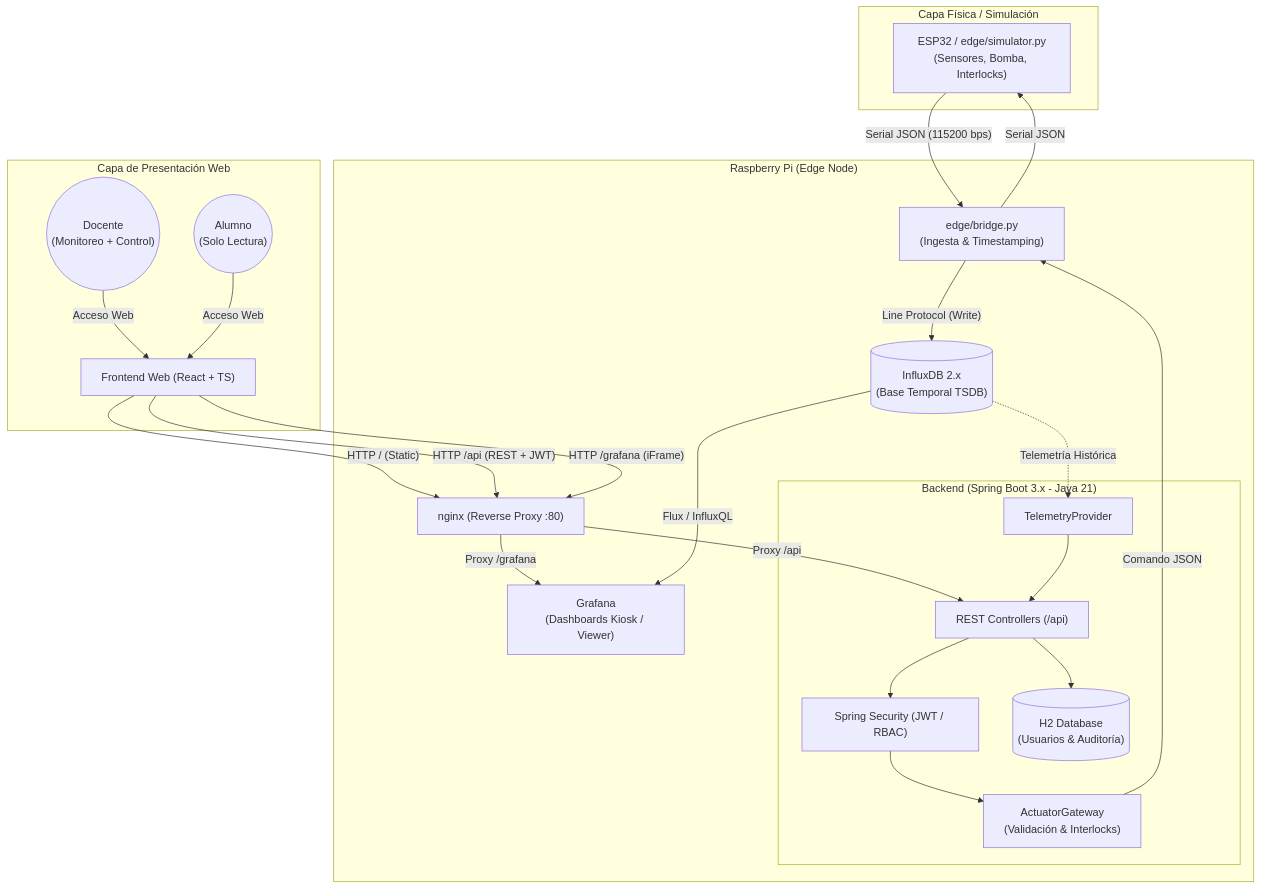
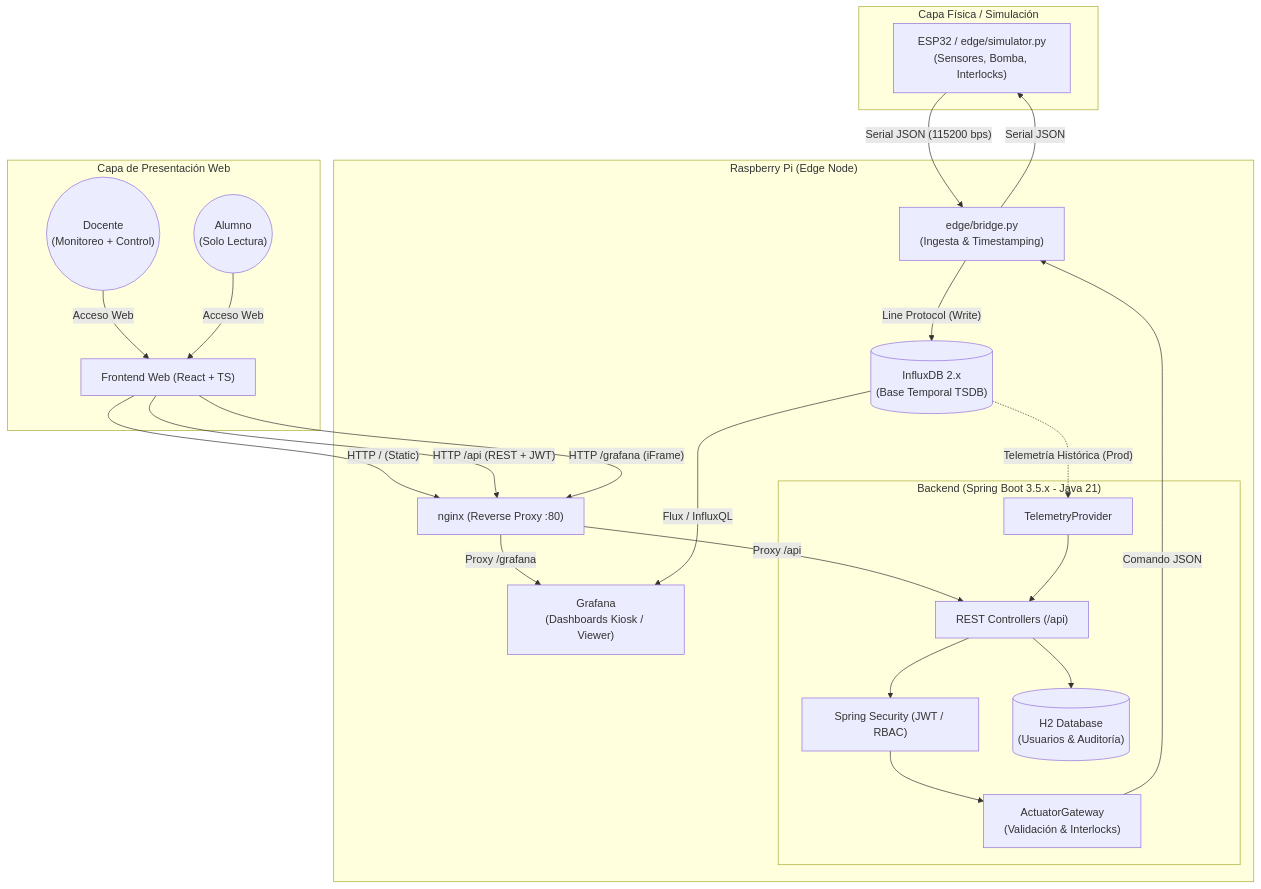
The diagram in README.md (aarrua/becabelgrano), drawn with Mermaid before and after one commit. The commit also changed other lines of this file and 2 other files, not shown here.

````diff
--- a/README.md
+++ b/README.md
@@ -11,51 +11,51 @@
 ```mermaid
 graph TD
     subgraph Campo ["Capa Física / Simulación"]
         ESP32["ESP32 / edge/simulator.py<br/>(Sensores, Bomba, Interlocks)"]
     end
 
     subgraph Edge ["Raspberry Pi (Edge Node)"]
         Bridge["edge/bridge.py<br/>(Ingesta & Timestamping)"]
         Influx[("InfluxDB 2.x<br/>(Base Temporal TSDB)")]
         Grafana["Grafana<br/>(Dashboards Kiosk / Viewer)"]
         
-        subgraph BackendSpring ["Backend (Spring Boot 3.x - Java 21)"]
+        subgraph BackendSpring ["Backend (Spring Boot 3.5.x - Java 21)"]
             API["REST Controllers (/api)"]
             Sec["Spring Security (JWT / RBAC)"]
             H2[("H2 Database<br/>(Usuarios & Auditoría)")]
             GW["ActuatorGateway<br/>(Validación & Interlocks)"]
             TP["TelemetryProvider"]
         end
 
         Nginx["nginx (Reverse Proxy :80)"]
     end
 
     subgraph Clientes ["Capa de Presentación Web"]
         Front["Frontend Web (React + TS)"]
         Docente(("Docente<br/>(Monitoreo + Control)"))
         Alumno(("Alumno<br/>(Solo Lectura)"))
     end
 
     %% Flujo Telemetría
     ESP32 -->|"Serial JSON (115200 bps)"| Bridge
     Bridge -->|"Line Protocol (Write)"| Influx
     Influx -->|"Flux / InfluxQL"| Grafana
-    Influx -.->|"Telemetría Histórica"| TP
+    Influx -.->|"Telemetría Histórica (Prod)"| TP
     TP --> API
 
     %% Flujo Comandos
     Docente -->|"Acceso Web"| Front
     Alumno -->|"Acceso Web"| Front
     Front -->|"HTTP / (Static)"| Nginx
     Front -->|"HTTP /api (REST + JWT)"| Nginx
     Front -->|"HTTP /grafana (iFrame)"| Nginx
 
     Nginx -->|"Proxy /api"| API
     Nginx -->|"Proxy /grafana"| Grafana
     
     API --> Sec
     Sec --> GW
     GW -->|"Comando JSON"| Bridge
     Bridge -->|"Serial JSON"| ESP32
     API --> H2
 ```
````
